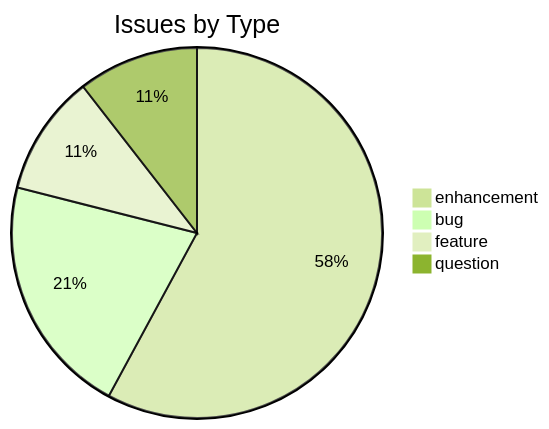
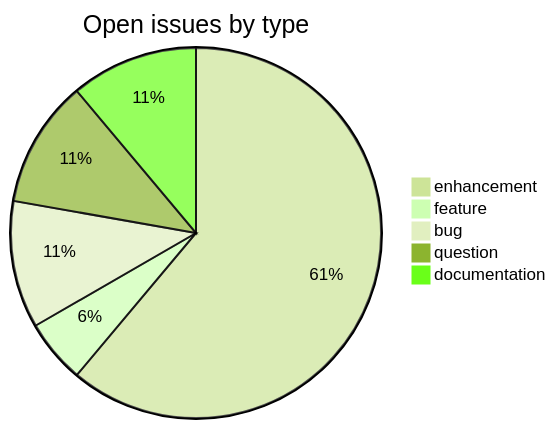
Before and after one commit to sanskrit-lexicon/hwnorm1: the first of 2 diagrams in README.md, drawn with Mermaid (forest theme). The commit also changed other lines of this file, not shown here.

````diff
--- a/README.md
+++ b/README.md
@@ -17,7 +29,8 @@
 ```mermaid
-pie title Issues by Type
+pie title Open issues by type
     "enhancement" : 11
-    "bug" : 4
-    "feature" : 2
+    "feature" : 1
+    "bug" : 2
     "question" : 2
+    "documentation" : 2
 ```
````
